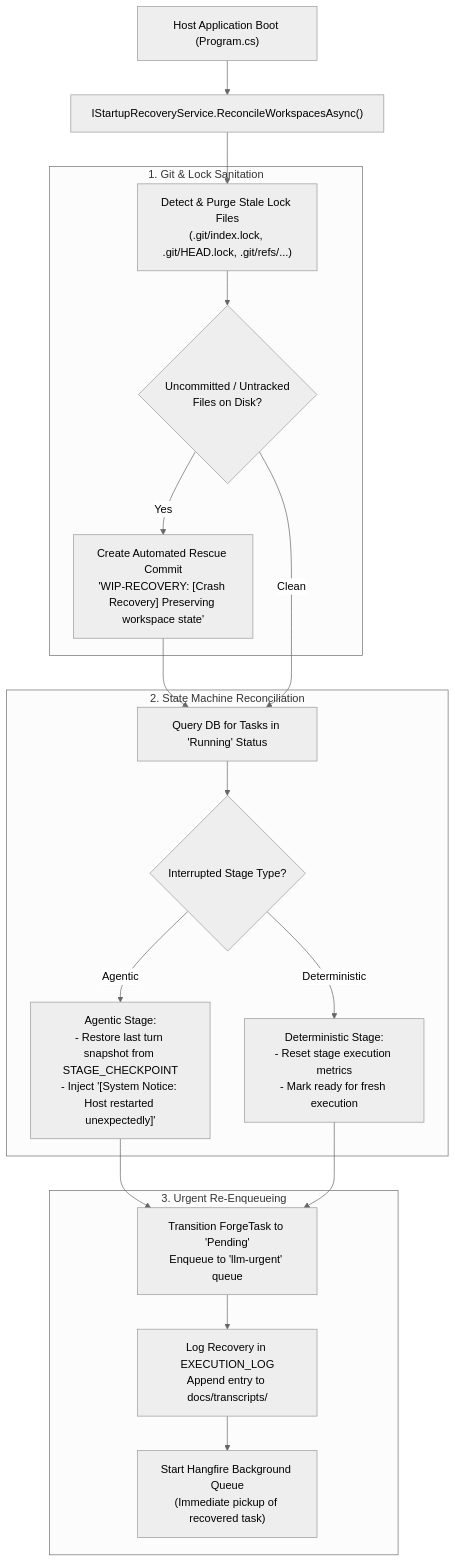
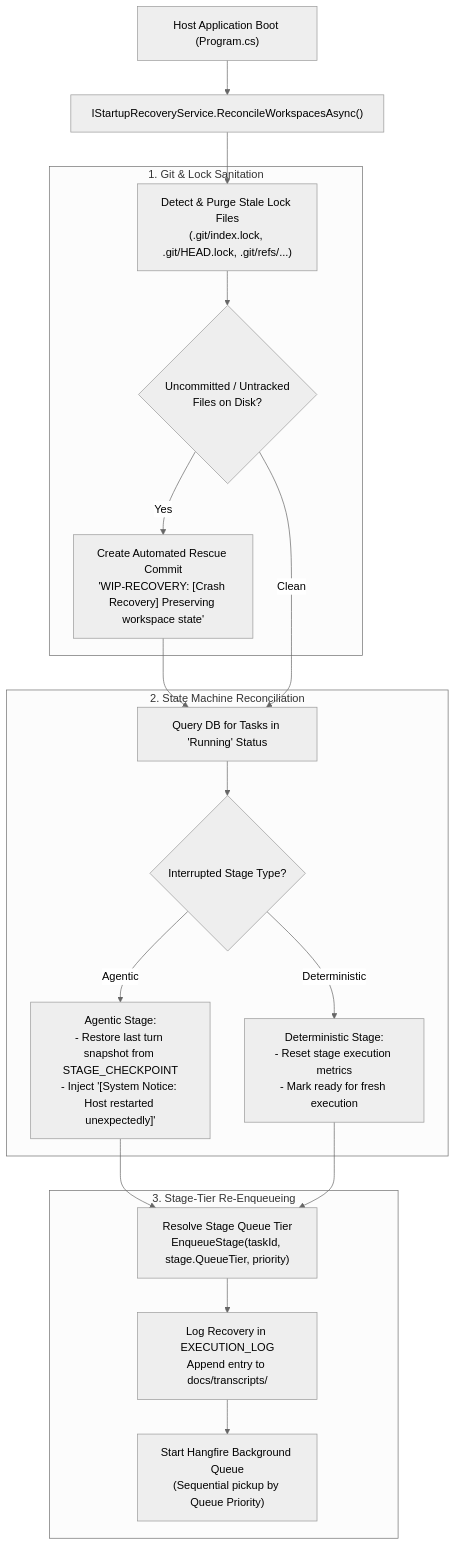
Before and after one commit to jetelain/NightCodeForge: diagram 26 of 27 in docs/ARCHITECTURE.md, drawn with Mermaid (neutral theme). The commit also changed other lines of this file, not shown here.

````diff
--- a/docs/ARCHITECTURE.md
+++ b/docs/ARCHITECTURE.md
@@ -1779,32 +2250,32 @@
 ```mermaid
 flowchart TD
     Boot["Host Application Boot (Program.cs)"] --> RunRecovery["IStartupRecoveryService.ReconcileWorkspacesAsync()"]
     
     subgraph Sanitation ["1. Git & Lock Sanitation"]
         CleanLocks["Detect & Purge Stale Lock Files\n(.git/index.lock, .git/HEAD.lock, .git/refs/...)"]
         CheckDirty{"Uncommitted / Untracked\nFiles on Disk?"}
         RescueCommit["Create Automated Rescue Commit\n'WIP-RECOVERY: [Crash Recovery] Preserving workspace state'"]
     end
 
     subgraph StateReconciliation ["2. State Machine Reconciliation"]
         FindRunning["Query DB for Tasks in 'Running' Status"]
         CheckStage{"Interrupted Stage Type?"}
         AgenticStage["Agentic Stage:\n- Restore last turn snapshot from STAGE_CHECKPOINT\n- Inject '[System Notice: Host restarted unexpectedly]'"]
         DeterministicStage["Deterministic Stage:\n- Reset stage execution metrics\n- Mark ready for fresh execution"]
     end
 
-    subgraph Resumption ["3. Urgent Re-Enqueueing"]
-        EnqueueUrgent["Transition ForgeTask to 'Pending'\nEnqueue to 'llm-urgent' queue"]
+    subgraph Resumption ["3. Stage-Tier Re-Enqueueing"]
+        EnqueueTier["Resolve Stage Queue Tier\nEnqueueStage(taskId, stage.QueueTier, priority)"]
         AuditLog["Log Recovery in EXECUTION_LOG\nAppend entry to docs/transcripts/"]
-        StartWorker["Start Hangfire Background Queue\n(Immediate pickup of recovered task)"]
+        StartWorker["Start Hangfire Background Queue\n(Sequential pickup by Queue Priority)"]
     end
 
     RunRecovery --> CleanLocks
     CleanLocks --> CheckDirty
     CheckDirty -->|Yes| RescueCommit --> FindRunning
     CheckDirty -->|Clean| FindRunning
     FindRunning --> CheckStage
-    CheckStage -->|Agentic| AgenticStage --> EnqueueUrgent
-    CheckStage -->|Deterministic| DeterministicStage --> EnqueueUrgent
-    EnqueueUrgent --> AuditLog --> StartWorker
+    CheckStage -->|Agentic| AgenticStage --> EnqueueTier
+    CheckStage -->|Deterministic| DeterministicStage --> EnqueueTier
+    EnqueueTier --> AuditLog --> StartWorker
 ```
````
